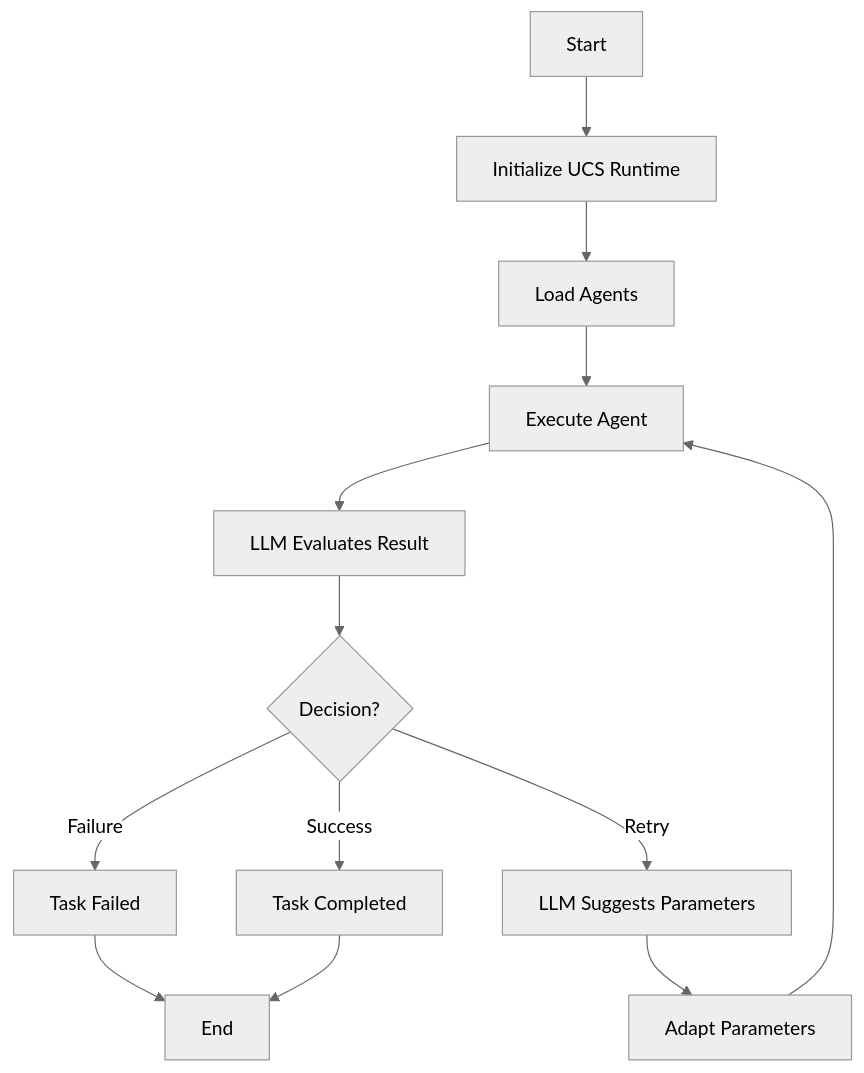
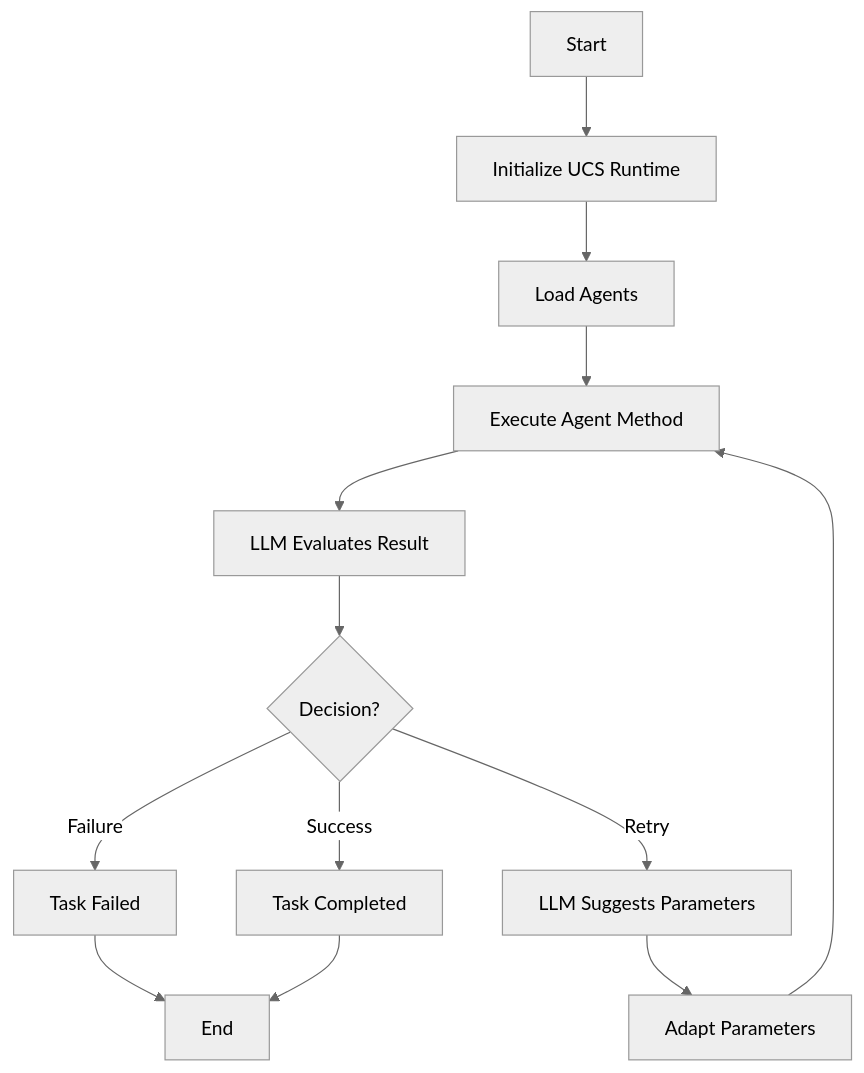
Before and after one commit to cogniscient-io/cogniscient: the first of 2 diagrams in PoC/README.md, drawn with Mermaid (neutral theme). The commit also changed other lines of this file, not shown here.

Commit message:
update the orchestration flow in the readme

````diff
--- a/PoC/README.md
+++ b/PoC/README.md
@@ -62,15 +69,15 @@
 ```mermaid
 graph TD
     A[Start] --> B[Initialize UCS Runtime]
     B --> C[Load Agents]
-    C --> D[Execute Agent]
+    C --> D[Execute Agent Method]
     D --> E[LLM Evaluates Result]
     E --> F{Decision?}
     F -->|Success| G[Task Completed]
     F -->|Retry| H[LLM Suggests Parameters]
     H --> I[Adapt Parameters]
     I --> D
     F -->|Failure| J[Task Failed]
     J --> K[End]
     G --> K
 ```
````
